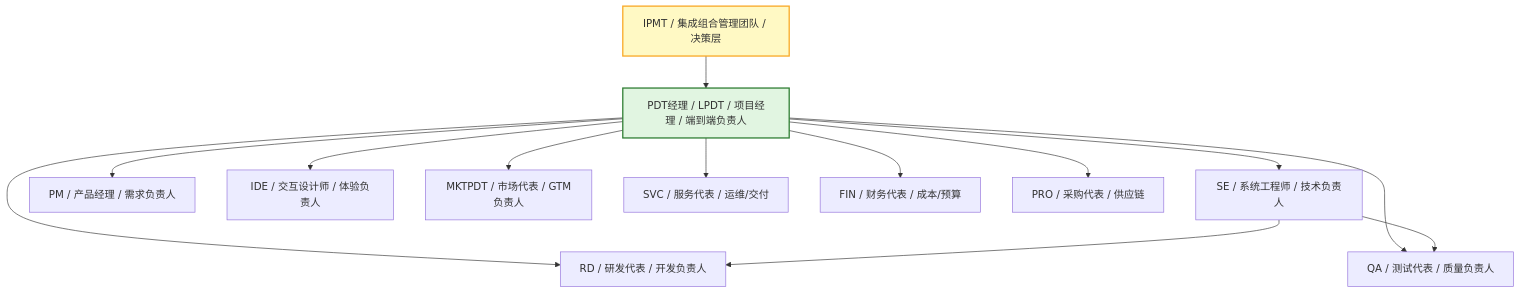
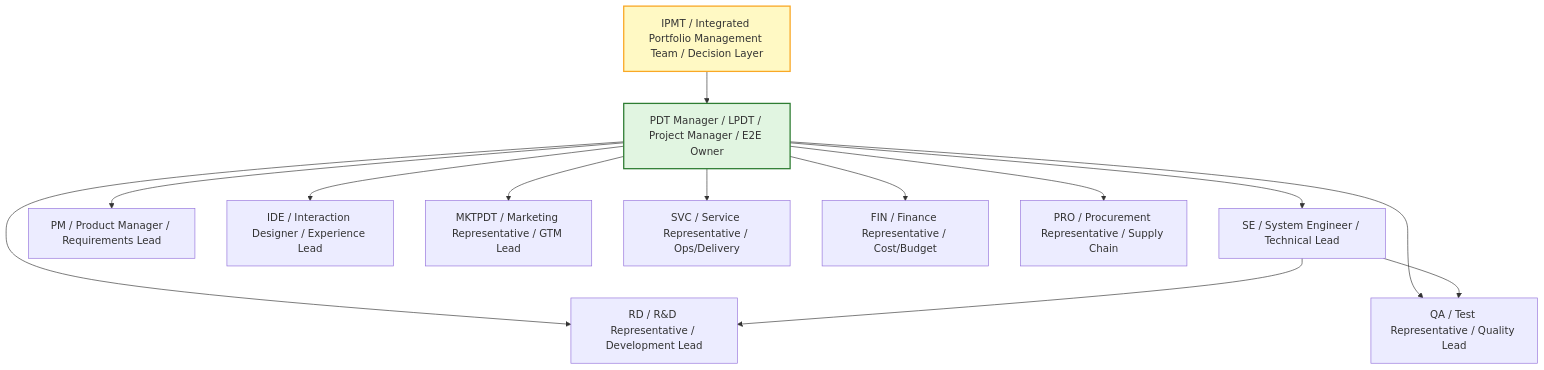
The seventh of 11 diagrams in templates/产品/战略层/【模板】项目任务书.md (Kirky-X/cangjie), drawn with Mermaid before and after one commit. The commit also changed other lines of this file and 60 other files, not shown here.

````diff
--- a/templates/产品/战略层/【模板】项目任务书.md
+++ b/templates/产品/战略层/【模板】项目任务书.md
@@ -349,20 +349,20 @@
 ```mermaid
 graph TD
-    IPMT[IPMT / 集成组合管理团队 / 决策层] --> PDT[PDT经理 / LPDT / 项目经理 / 端到端负责人]
+    IPMT[IPMT / Integrated Portfolio Management Team / Decision Layer] --> PDT[PDT Manager / LPDT / Project Manager / E2E Owner]
 
-    PDT --> SE[SE / 系统工程师 / 技术负责人]
-    PDT --> PM[PM / 产品经理 / 需求负责人]
-    PDT --> RD[RD / 研发代表 / 开发负责人]
-    PDT --> QA[QA / 测试代表 / 质量负责人]
-    PDT --> ID[IDE / 交互设计师 / 体验负责人]
-    PDT --> MKT[MKTPDT / 市场代表 / GTM负责人]
-    PDT --> SVC[SVC / 服务代表 / 运维/交付]
-    PDT --> FIN[FIN / 财务代表 / 成本/预算]
-    PDT --> PRO[PRO / 采购代表 / 供应链]
+    PDT --> SE[SE / System Engineer / Technical Lead]
+    PDT --> PM[PM / Product Manager / Requirements Lead]
+    PDT --> RD[RD / R&D Representative / Development Lead]
+    PDT --> QA[QA / Test Representative / Quality Lead]
+    PDT --> ID[IDE / Interaction Designer / Experience Lead]
+    PDT --> MKT[MKTPDT / Marketing Representative / GTM Lead]
+    PDT --> SVC[SVC / Service Representative / Ops/Delivery]
+    PDT --> FIN[FIN / Finance Representative / Cost/Budget]
+    PDT --> PRO[PRO / Procurement Representative / Supply Chain]
 
     SE --> RD
     SE --> QA
 
     style IPMT fill:#fff9c4,stroke:#f9a825,stroke-width:2px
     style PDT fill:#e1f5e1,stroke:#2e7d32,stroke-width:2px
 ```
````
